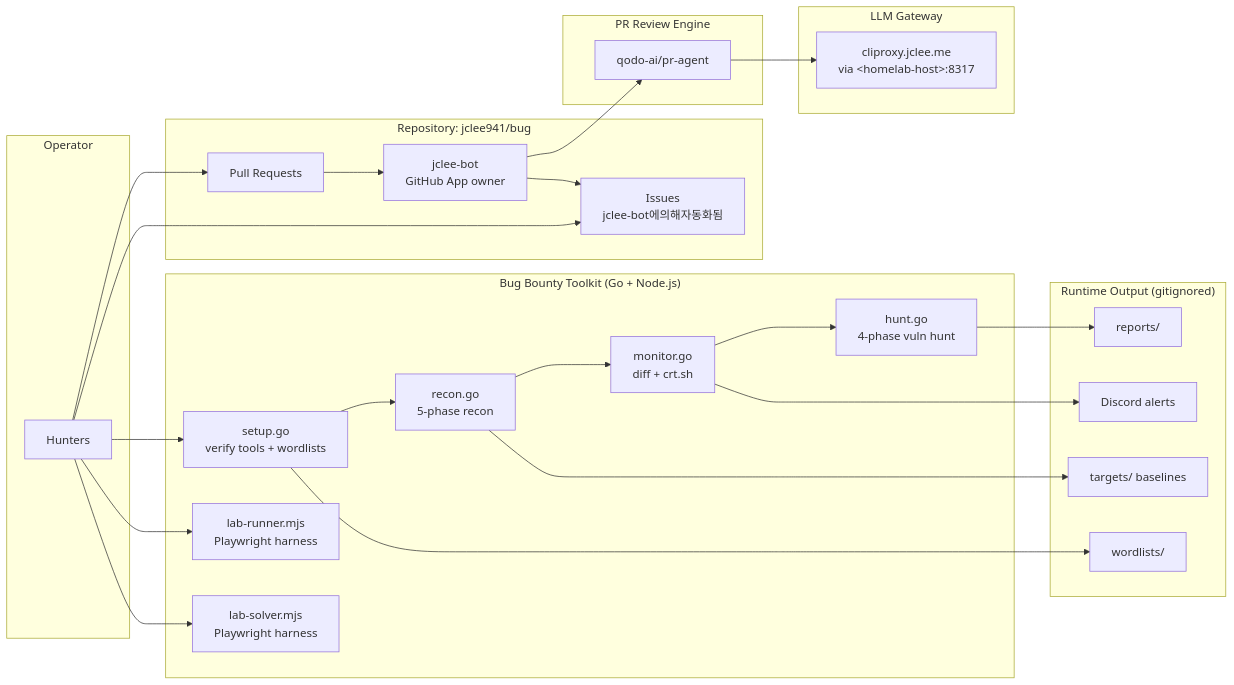
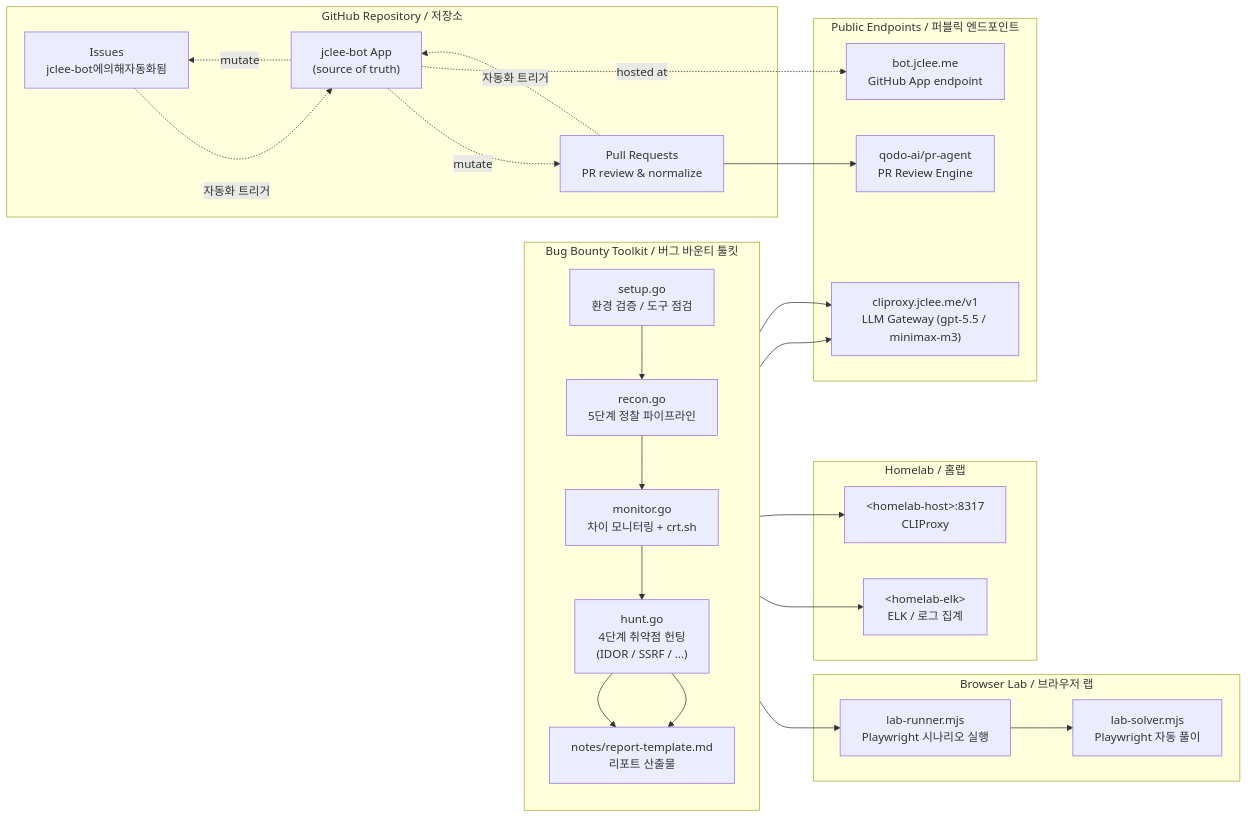
The diagram in README.md (jclee941/bug), drawn with Mermaid before and after one commit. The commit also changed other lines of this file, not shown here.

````diff
--- a/README.md
+++ b/README.md
@@ -73,53 +84,50 @@
 ```mermaid
 flowchart LR
-    subgraph Operator["Operator"]
-        U[Hunters]
+    subgraph Toolkit["Bug Bounty Toolkit / 버그 바운티 툴킷"]
+        direction TB
+        Setup["setup.go<br/>환경 검증 / 도구 점검"]
+        Recon["recon.go<br/>5단계 정찰 파이프라인"]
+        Monitor["monitor.go<br/>차이 모니터링 + crt.sh"]
+        Hunt["hunt.go<br/>4단계 취약점 헌팅<br/>(IDOR / SSRF / ...)"]
+        Report["notes/report-template.md<br/>리포트 산출물"]
     end
 
-    subgraph Toolkit["Bug Bounty Toolkit (Go + Node.js)"]
-        S["setup.go<br/>verify tools + wordlists"]
-        R["recon.go<br/>5-phase recon"]
-        M["monitor.go<br/>diff + crt.sh"]
-        H["hunt.go<br/>4-phase vuln hunt"]
-        LR["lab-runner.mjs<br/>Playwright harness"]
-        LS["lab-solver.mjs<br/>Playwright harness"]
+    subgraph Lab["Browser Lab / 브라우저 랩"]
+        LabRunner["lab-runner.mjs<br/>Playwright 시나리오 실행"]
+        LabSolver["lab-solver.mjs<br/>Playwright 자동 풀이"]
     end
 
-    subgraph Artifacts["Runtime Output (gitignored)"]
-        Reports["reports/"]
-        Alerts["Discord alerts"]
-        Baselines["targets/ baselines"]
-        Wordlists["wordlists/"]
+    subgraph Repo["GitHub Repository / 저장소"]
+        Issues["Issues<br/>jclee-bot에의해자동화됨"]
+        PRs["Pull Requests<br/>PR review &amp; normalize"]
+        AppCfg["jclee-bot App<br/>(source of truth)"]
     end
 
-    subgraph Repo["Repository: jclee941/bug"]
-        Issues["Issues<br/>jclee-bot에의해자동화됨"]
-        PRs["Pull Requests"]
-        Bot["jclee-bot<br/>GitHub App owner"]
+    subgraph Homelab["Homelab / 홈랩"]
+        Host["&lt;homelab-host&gt;:8317<br/>CLIProxy"]
+        Elk["&lt;homelab-elk&gt;<br/>ELK / 로그 집계"]
     end
 
-    subgraph Review["PR Review Engine"]
-        QA["qodo-ai/pr-agent"]
+    subgraph Cloud["Public Endpoints / 퍼블릭 엔드포인트"]
+        Gateway["cliproxy.jclee.me/v1<br/>LLM Gateway (gpt-5.5 / minimax-m3)"]
+        PRReview["qodo-ai/pr-agent<br/>PR Review Engine"]
+        Bot["bot.jclee.me<br/>GitHub App endpoint"]
     end
 
-    subgraph Gateway["LLM Gateway"]
-        CP["cliproxy.jclee.me<br/>via &lt;homelab-host&gt;:8317"]
-    end
+    Setup --> Recon --> Monitor --> Hunt --> Report
+    Recon --> LabRunner
+    LabRunner --> LabSolver
+    Hunt --> Report
 
-    U --> S
-    S --> Wordlists
-    S --> R
-    R --> Baselines
-    R --> M
-    M --> Alerts
-    M --> H
-    H --> Reports
-    U --> LR
-    U --> LS
-    U --> Issues
-    U --> PRs
-    PRs --> Bot
-    Bot --> QA
-    QA --> CP
-    Bot --> Issues
+    Issues -. 자동화 트리거 .-> AppCfg
+    PRs -. 자동화 트리거 .-> AppCfg
+    AppCfg -. mutate .-> Issues
+    AppCfg -. mutate .-> PRs
+    AppCfg -. hosted at .-> Bot
+
+    Monitor --> Elk
+    Recon --> Host
+    Hunt --> Gateway
+    PRs --> PRReview
+    Report --> Gateway
 ```
````
